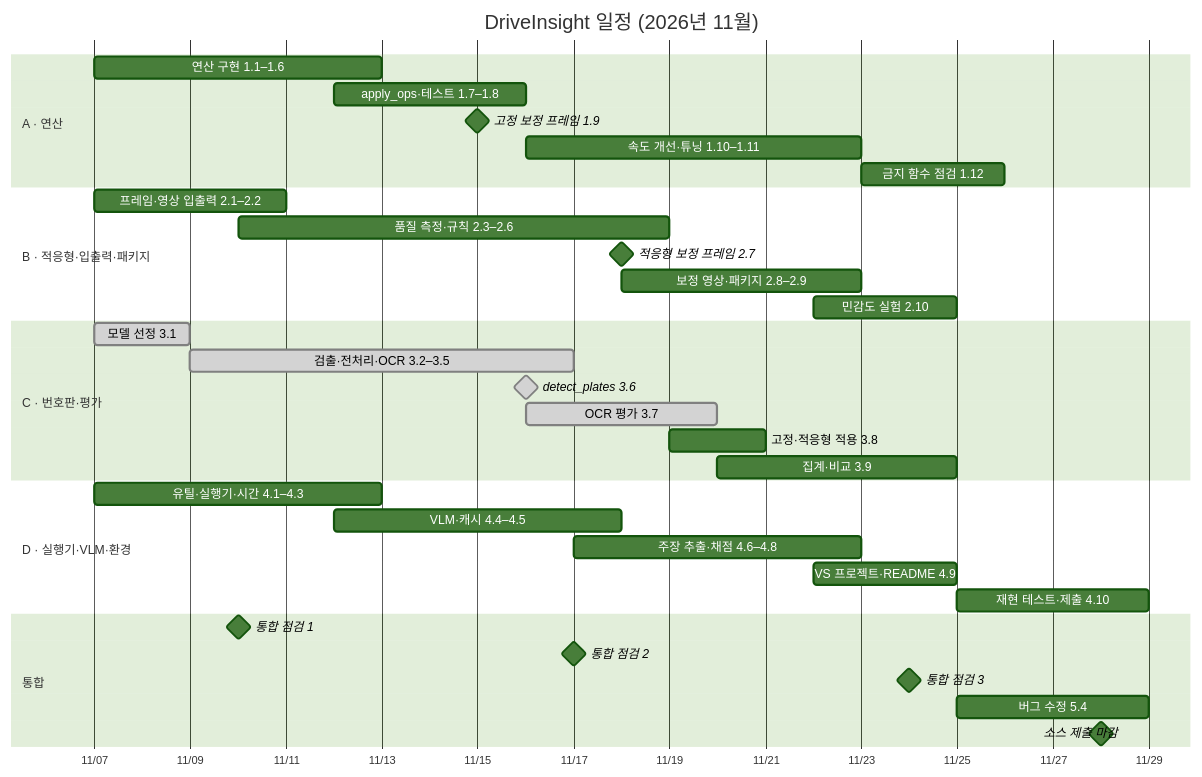
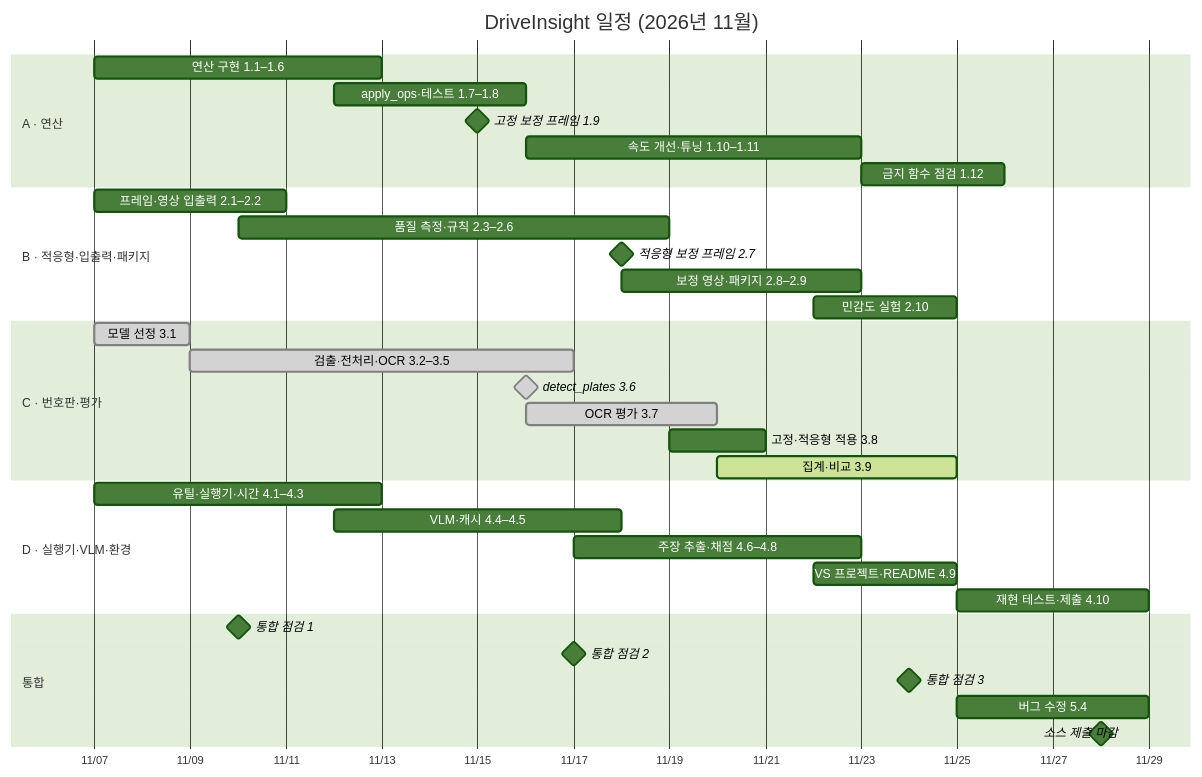
The diagram in docs/plan/team_plan.ko.md (ImageProcessing-DriveInsight/drive_insight), drawn with Mermaid (forest theme) before and after one commit. The commit also changed other lines of this file and 5 other files, not shown here.

````diff
--- a/docs/plan/team_plan.ko.md
+++ b/docs/plan/team_plan.ko.md
@@ -177,37 +182,37 @@
 ```mermaid
 gantt
     title DriveInsight 일정 (2026년 11월)
     dateFormat YYYY-MM-DD
     axisFormat %m/%d
     section A · 연산
     연산 구현 1.1–1.6              :a1, 2026-11-07, 2026-11-13
     apply_ops·테스트 1.7–1.8       :a2, 2026-11-12, 2026-11-16
     고정 보정 프레임 1.9            :milestone, a3, 2026-11-15, 0d
     속도 개선·튜닝 1.10–1.11        :a4, 2026-11-16, 2026-11-23
     금지 함수 점검 1.12             :a5, 2026-11-23, 2026-11-26
     section B · 적응형·입출력·패키지
     프레임·영상 입출력 2.1–2.2      :b1, 2026-11-07, 2026-11-11
     품질 측정·규칙 2.3–2.6          :b2, 2026-11-10, 2026-11-19
     적응형 보정 프레임 2.7          :milestone, b3, 2026-11-18, 0d
     보정 영상·패키지 2.8–2.9        :b4, 2026-11-18, 2026-11-23
     민감도 실험 2.10                :b5, 2026-11-22, 2026-11-25
     section C · 번호판·평가
     모델 선정 3.1                   :done, c1, 2026-11-07, 2026-11-09
     검출·전처리·OCR 3.2–3.5         :done, c2, 2026-11-09, 2026-11-17
     detect_plates 3.6               :milestone, done, c3, 2026-11-16, 0d
     OCR 평가 3.7                    :done, c4, 2026-11-16, 2026-11-20
     고정·적응형 적용 3.8            :c5, 2026-11-19, 2026-11-21
-    집계·비교 3.9                   :c6, 2026-11-20, 2026-11-25
+    집계·비교 3.9                   :active, c6, 2026-11-20, 2026-11-25
     section D · 실행기·VLM·환경
     유틸·실행기·시간 4.1–4.3        :d1, 2026-11-07, 2026-11-13
     VLM·캐시 4.4–4.5                :d2, 2026-11-12, 2026-11-18
     주장 추출·채점 4.6–4.8          :d3, 2026-11-17, 2026-11-23
     VS 프로젝트·README 4.9          :d4, 2026-11-22, 2026-11-25
     재현 테스트·제출 4.10           :d5, 2026-11-25, 2026-11-29
     section 통합
     통합 점검 1                     :milestone, i1, 2026-11-10, 0d
     통합 점검 2                     :milestone, i2, 2026-11-17, 0d
     통합 점검 3                     :milestone, i3, 2026-11-24, 0d
     버그 수정 5.4                   :i4, 2026-11-25, 2026-11-29
     소스 제출 마감                  :milestone, i5, 2026-11-28, 0d
 ```
````
